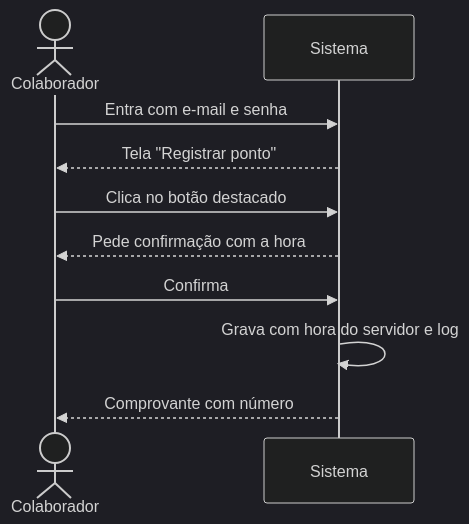
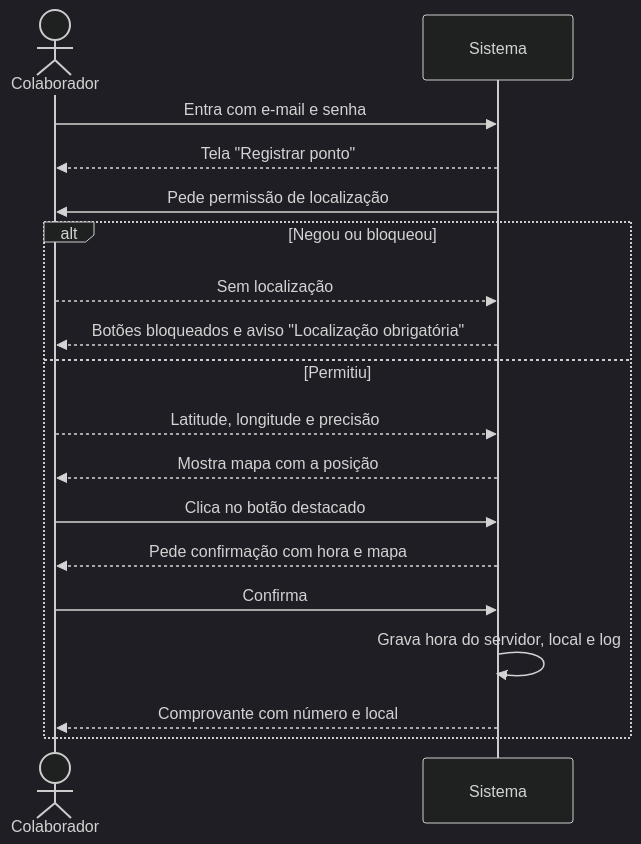
One commit to GuedesIgor/AxSys-IT changed the first of 5 diagrams in docs/06-fluxos.md. Above: the diagram before and after it, drawn with Mermaid (dark theme). The commit also changed 8 other files, not shown here.

First line of the commit message:
Localização obrigatória e mapa no registro de ponto (protótipo v2)

````diff
--- a/docs/06-fluxos.md
+++ b/docs/06-fluxos.md
@@ -5,12 +5,20 @@
 ```mermaid
 sequenceDiagram
     actor C as Colaborador
     participant S as Sistema
     C->>S: Entra com e-mail e senha
     S-->>C: Tela "Registrar ponto"
-    C->>S: Clica no botão destacado
-    S-->>C: Pede confirmação com a hora
-    C->>S: Confirma
-    S->>S: Grava com hora do servidor e log
-    S-->>C: Comprovante com número
+    S->>C: Pede permissão de localização
+    alt Negou ou bloqueou
+        C-->>S: Sem localização
+        S-->>C: Botões bloqueados e aviso "Localização obrigatória"
+    else Permitiu
+        C-->>S: Latitude, longitude e precisão
+        S-->>C: Mostra mapa com a posição
+        C->>S: Clica no botão destacado
+        S-->>C: Pede confirmação com hora e mapa
+        C->>S: Confirma
+        S->>S: Grava hora do servidor, local e log
+        S-->>C: Comprovante com número e local
+    end
 ```
````
